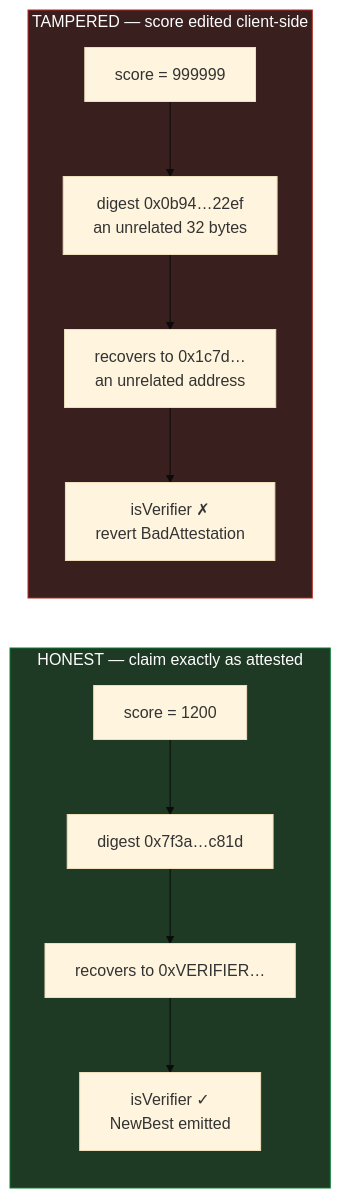
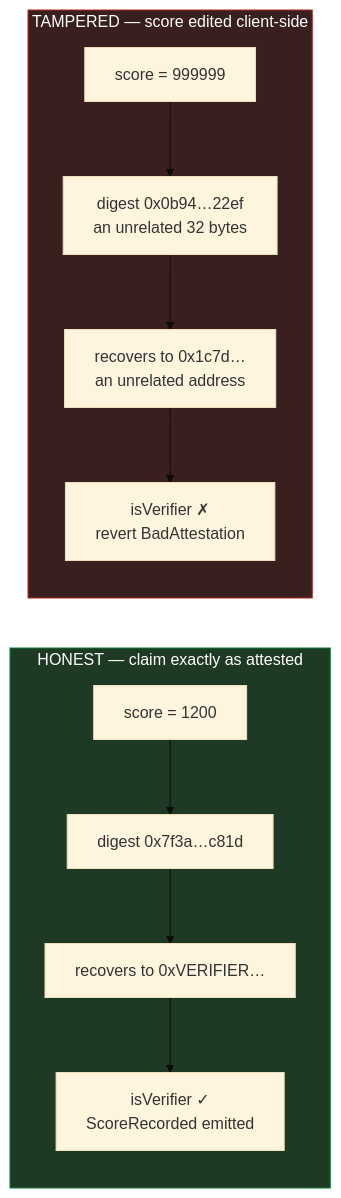
One commit to darwinsubramaniam/rainbow-polkadot changed the fifth of 11 diagrams in docs/DEVELOPER-GUIDE.md. Above: the diagram before and after it, drawn with Mermaid (base theme). The commit also changed other lines of this file and 49 other files, not shown here.

````diff
--- a/docs/DEVELOPER-GUIDE.md
+++ b/docs/DEVELOPER-GUIDE.md
@@ -247,19 +272,19 @@
 ```mermaid
 flowchart LR
     subgraph H["HONEST — claim exactly as attested"]
         direction TB
         H1["score = 1200"] --> H2["digest 0x7f3a…c81d"]
         H2 --> H3["recovers to 0xVERIFIER…"]
-        H3 --> H4["isVerifier ✓<br/>NewBest emitted"]
+        H3 --> H4["isVerifier ✓<br/>ScoreRecorded emitted"]
     end
 
     subgraph T["TAMPERED — score edited client-side"]
         direction TB
         T1["score = 999999"] --> T2["digest 0x0b94…22ef<br/>an unrelated 32 bytes"]
         T2 --> T3["recovers to 0x1c7d…<br/>an unrelated address"]
         T3 --> T4["isVerifier ✗<br/>revert BadAttestation"]
     end
 
     style H fill:#1f3a24,stroke:#0a7d33,color:#fff
     style T fill:#3a1f1f,stroke:#b3261e,color:#fff
 ```
````
